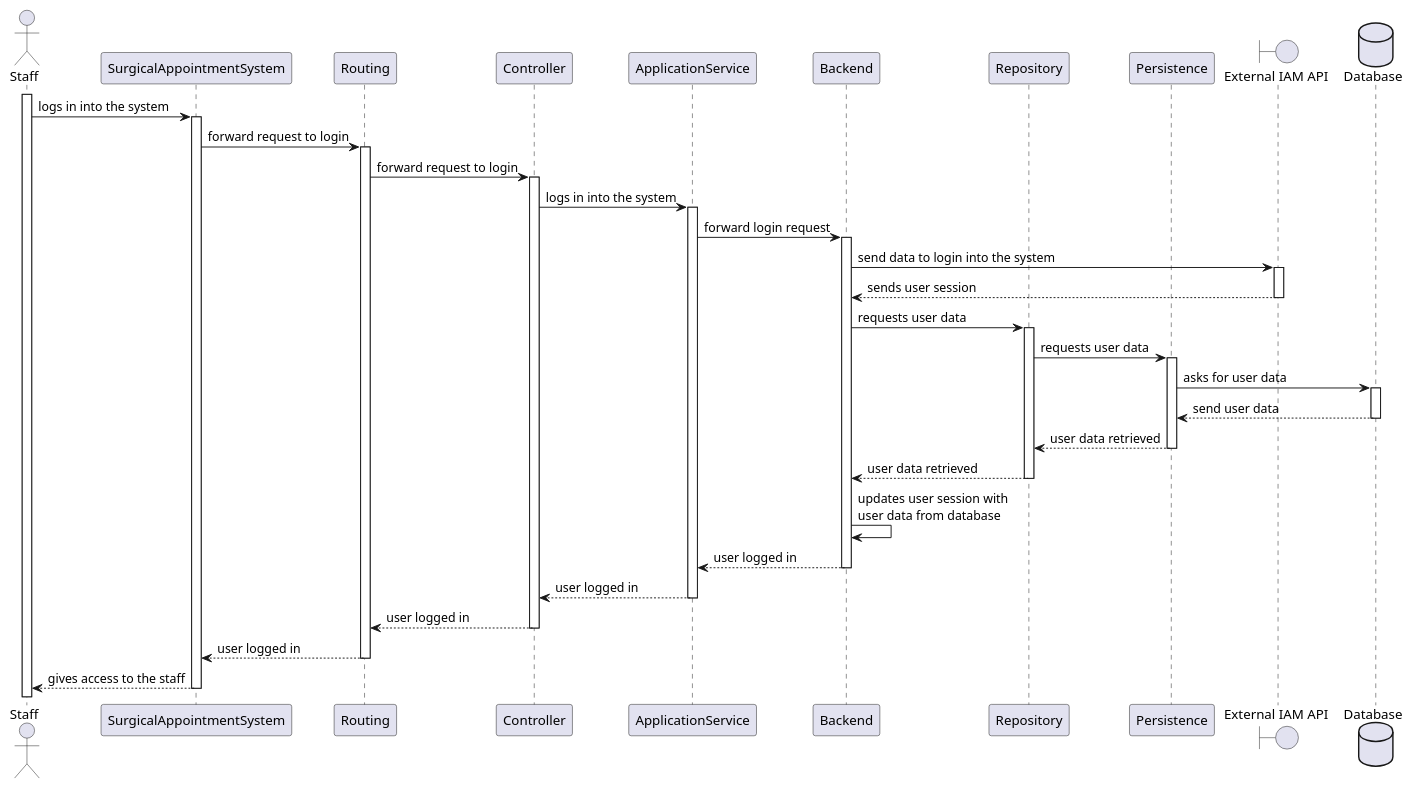
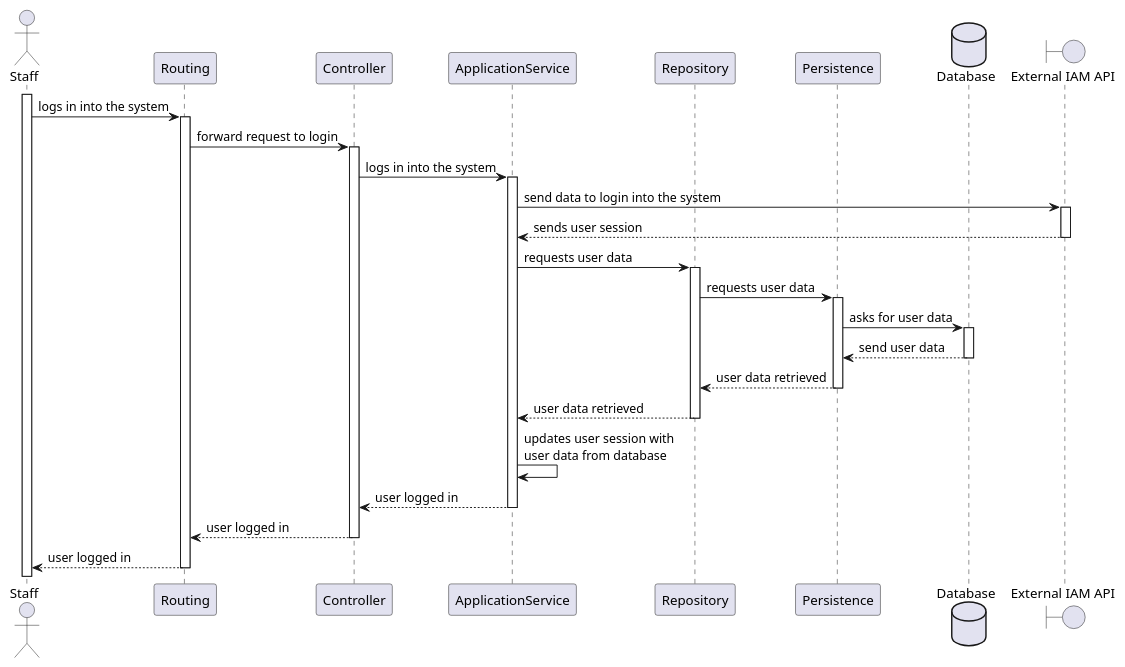
One commit to MateusCabral2004/sem5pi changed the diagram in docs/Sprint 1/US 5.1.6/SequenceDiagram/Level3/SequenceDiagram.puml. Above: the diagram before and after it, drawn with PlantUML. The commit also changed 6 other files, not shown here.

Commit message:
Small update to the diagrams

```diff
--- a/docs/Sprint 1/US 5.1.6/SequenceDiagram/Level3/SequenceDiagram.puml
+++ b/docs/Sprint 1/US 5.1.6/SequenceDiagram/Level3/SequenceDiagram.puml
@@ -1,67 +1,55 @@
 @startuml
 actor Staff
-participant SurgicalAppointmentSystem
 participant Routing
 participant Controller
 participant ApplicationService
-participant Backend
 participant Repository
 participant Persistence
+database Database
 boundary IAM_API as "External IAM API"
-database Database
 
 activate Staff
-Staff -> SurgicalAppointmentSystem: logs in into the system
-activate SurgicalAppointmentSystem
+Staff -> Routing: logs in into the system
 
-SurgicalAppointmentSystem -> Routing: forward request to login
 activate Routing
 Routing -> Controller: forward request to login
 activate Controller
 
 Controller -> ApplicationService: logs in into the system
 activate ApplicationService
 
-ApplicationService -> Backend: forward login request
-activate Backend
-
-Backend -> IAM_API: send data to login into the system
+ApplicationService -> IAM_API: send data to login into the system
 activate IAM_API
 
-IAM_API --> Backend: sends user session
+IAM_API --> ApplicationService: sends user session
 deactivate IAM_API
 
-Backend -> Repository: requests user data
+ApplicationService -> Repository: requests user data
 activate Repository
 
 Repository -> Persistence: requests user data
 activate Persistence
 
 Persistence -> Database: asks for user data
 activate Database
 Database --> Persistence: send user data
 deactivate Database
 
 Persistence --> Repository: user data retrieved
 deactivate Persistence
 
-Repository --> Backend: user data retrieved
+Repository --> ApplicationService: user data retrieved
 deactivate Repository
 
-Backend -> Backend: updates user session with\nuser data from database
-
-Backend --> ApplicationService: user logged in
-deactivate Backend
+ApplicationService -> ApplicationService: updates user session with\nuser data from database
 
 ApplicationService --> Controller: user logged in
 deactivate ApplicationService
 
 Controller --> Routing: user logged in
 deactivate Controller
 
-Routing --> SurgicalAppointmentSystem: user logged in
+Routing --> Staff: user logged in
 deactivate Routing
 
-SurgicalAppointmentSystem --> Staff: gives access to the staff
-deactivate SurgicalAppointmentSystem
 @enduml
```
